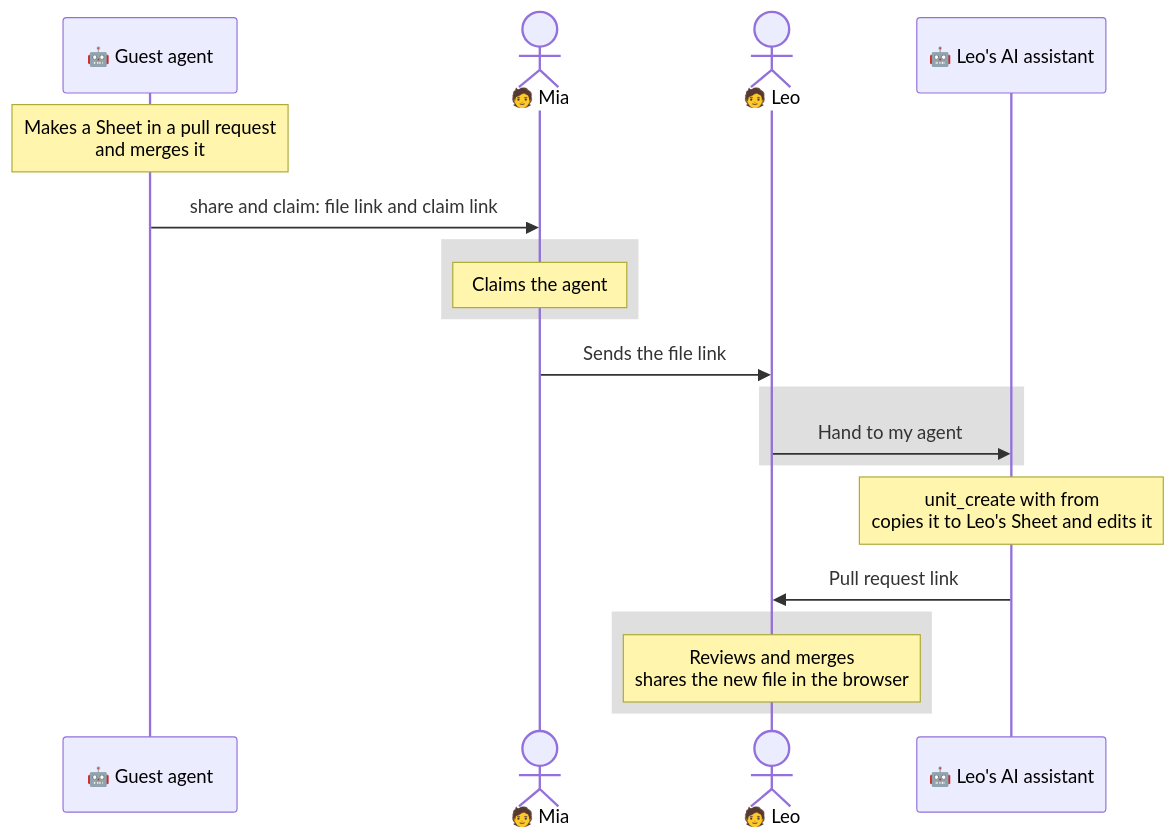
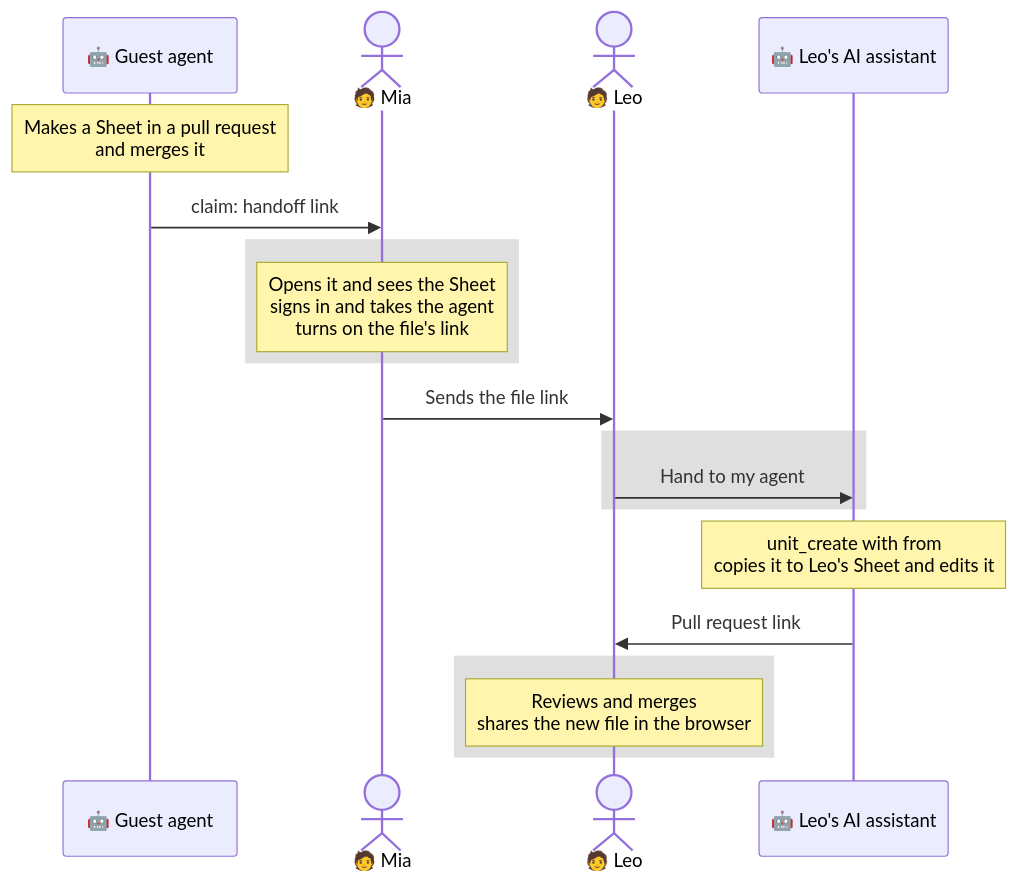
One commit to dream-num/univer-workspace changed the second of 5 diagrams in docs/agent-handoff-showcase.md. Above: the diagram before and after it, drawn with Mermaid. The commit also changed other lines of this file and 13 other files, not shown here.

First line of the commit message:
docs(workspace): describe the handoff link, its preview and fork ownership

````diff
--- a/docs/agent-handoff-showcase.md
+++ b/docs/agent-handoff-showcase.md
@@ -34,21 +34,21 @@
 ```mermaid
 sequenceDiagram
     participant G as 🤖 Guest agent
     actor M as 🧑 Mia
     actor L as 🧑 Leo
     participant A as 🤖 Leo's AI assistant
     Note over G: Makes a Sheet in a pull request<br/>and merges it
-    G->>M: share and claim: file link and claim link
+    G->>M: claim: handoff link
     rect rgba(128, 128, 128, 0.25)
-    Note over M: Claims the agent
+    Note over M: Opens it and sees the Sheet<br/>signs in and takes the agent<br/>turns on the file's link
     end
     M->>L: Sends the file link
     rect rgba(128, 128, 128, 0.25)
     L->>A: Hand to my agent
     end
     Note over A: unit_create with from<br/>copies it to Leo's Sheet and edits it
     A->>L: Pull request link
     rect rgba(128, 128, 128, 0.25)
     Note over L: Reviews and merges<br/>shares the new file in the browser
     end
 ```
````
